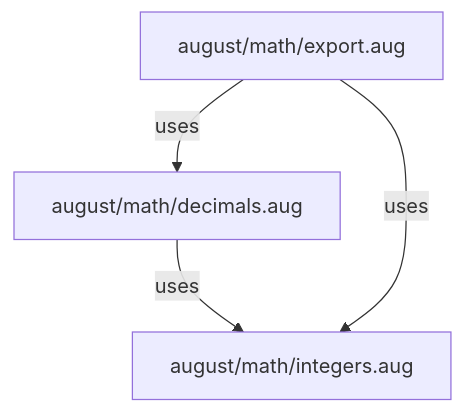
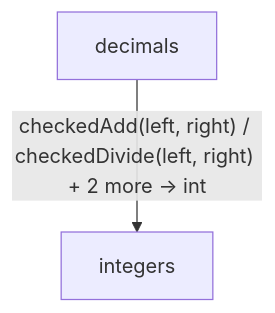
Before and after one commit to GreenPandaStudios/augscript: the diagram in src/stdlib/math/.aug-spec/diagrams/index.md, drawn with Mermaid. The commit also changed other lines of this file and 524 other files, not shown here.

Commit message:
Explain checked data flow at folder and service levels

````diff
--- a/src/stdlib/math/.aug-spec/diagrams/index.md
+++ b/src/stdlib/math/.aug-spec/diagrams/index.md
@@ -19,9 +9,6 @@
 ```mermaid
 flowchart TD
-    n0["august/math/decimals.aug"]
-    n1["august/math/export.aug"]
-    n2["august/math/integers.aug"]
-    n0 -->|"uses"| n2
-    n1 -->|"uses"| n0
-    n1 -->|"uses"| n2
+    n0["decimals"]
+    n1["integers"]
+    n0 -->|"checkedAdd(left, right) / checkedDivide(left, right) + 2 more → int"| n1
 ```
````
